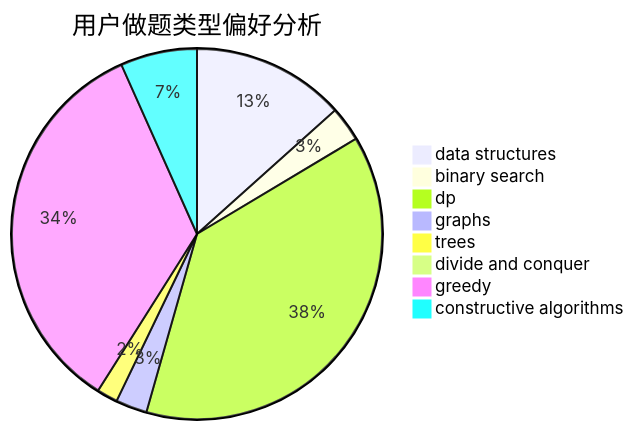
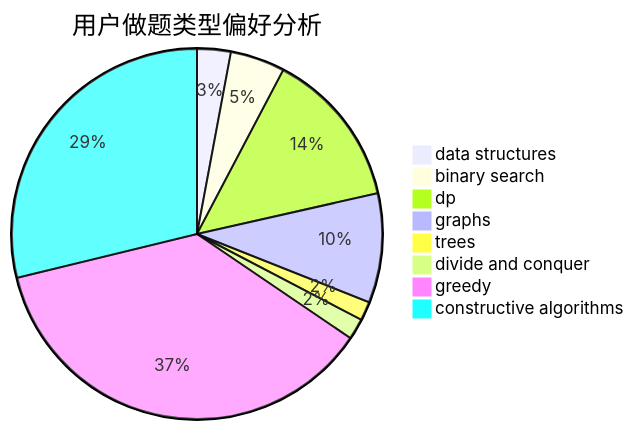
The second of 3 diagrams in docs/user/u1858.md (sherpahu/cfrs.github.io), drawn with Mermaid before and after one commit. The commit also changed other lines of this file and 2770 other files, not shown here.

````diff
--- a/docs/user/u1858.md
+++ b/docs/user/u1858.md
@@ -23,11 +23,11 @@
 ```mermaid
 pie title 用户做题类型偏好分析
-    "data structures" :  44
-    "binary search" :  10
-    "dp" :  125
-    "graphs" :  9
-    "trees" :  6
-    "divide and conquer" :  0
-    "greedy" :  113
-    "constructive algorithms" :  22
+    "data structures" :  16
+    "binary search" :  26
+    "dp" :  75
+    "graphs" :  52
+    "trees" :  9
+    "divide and conquer" :  10
+    "greedy" :  200
+    "constructive algorithms" :  157
 ```
````
